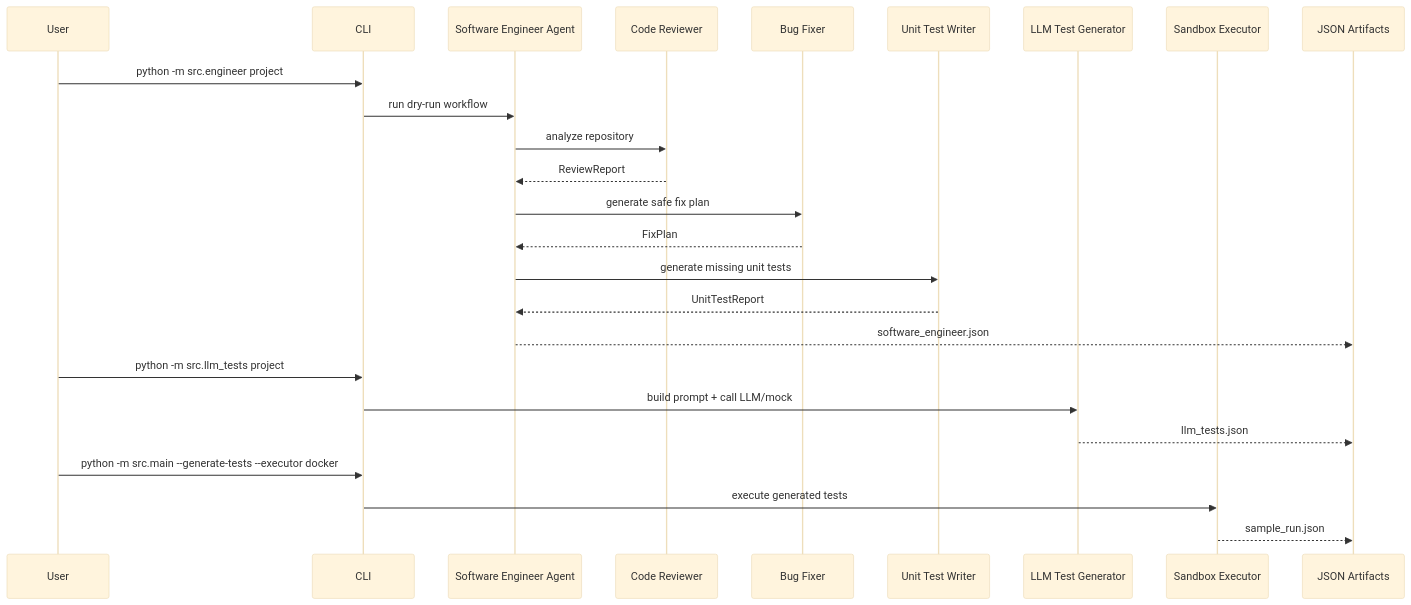
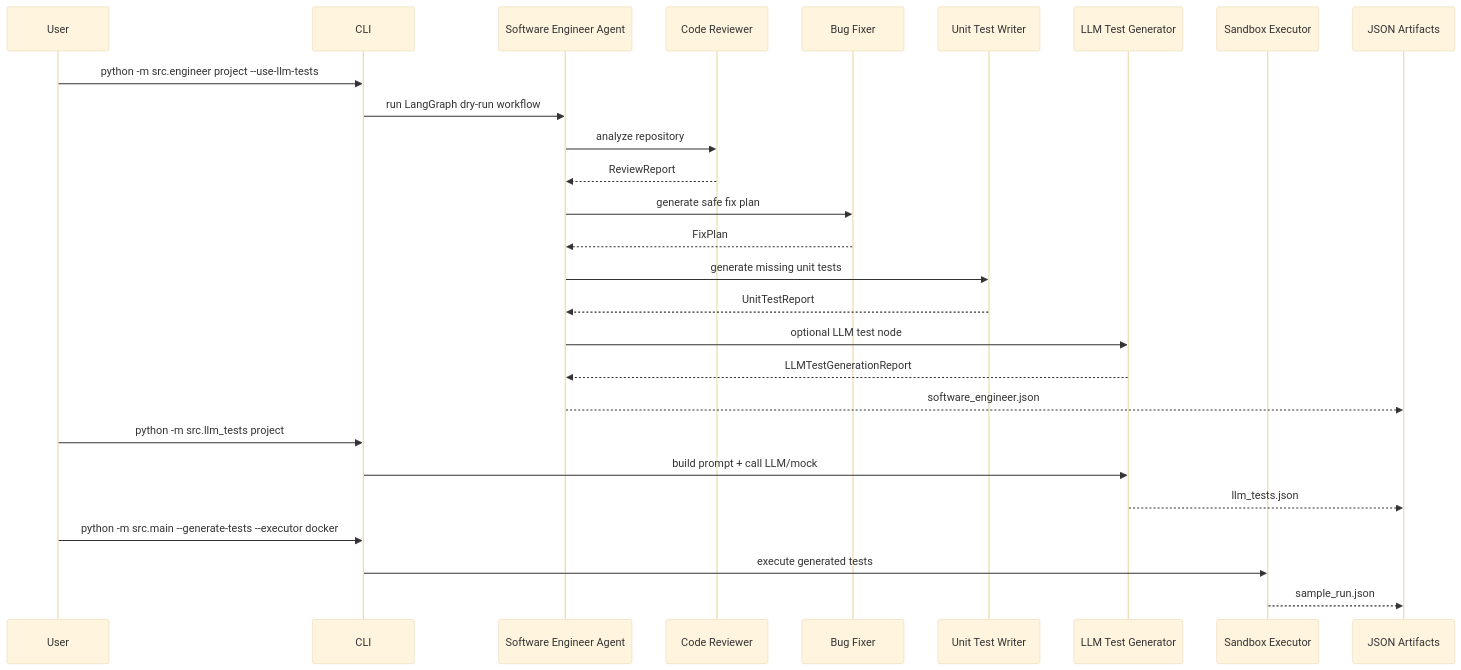
One commit to Isaacsen/cs599-project changed the third of 3 diagrams in docs/architecture.md. Above: the diagram before and after it, drawn with Mermaid (base theme). The commit also changed other lines of this file and 20 other files, not shown here.

Commit message:
Add LangGraph software engineer workflow

````diff
--- a/docs/architecture.md
+++ b/docs/architecture.md
@@ -147,30 +151,32 @@
 ```mermaid
 sequenceDiagram
     participant User
     participant CLI
     participant SE as Software Engineer Agent
     participant Review as Code Reviewer
     participant Fix as Bug Fixer
     participant Unit as Unit Test Writer
     participant LLM as LLM Test Generator
     participant Sandbox as Sandbox Executor
     participant Obs as JSON Artifacts
 
-    User->>CLI: python -m src.engineer project
-    CLI->>SE: run dry-run workflow
+    User->>CLI: python -m src.engineer project --use-llm-tests
+    CLI->>SE: run LangGraph dry-run workflow
     SE->>Review: analyze repository
     Review-->>SE: ReviewReport
     SE->>Fix: generate safe fix plan
     Fix-->>SE: FixPlan
     SE->>Unit: generate missing unit tests
     Unit-->>SE: UnitTestReport
+    SE->>LLM: optional LLM test node
+    LLM-->>SE: LLMTestGenerationReport
     SE-->>Obs: software_engineer.json
 
     User->>CLI: python -m src.llm_tests project
     CLI->>LLM: build prompt + call LLM/mock
     LLM-->>Obs: llm_tests.json
 
     User->>CLI: python -m src.main --generate-tests --executor docker
     CLI->>Sandbox: execute generated tests
     Sandbox-->>Obs: sample_run.json
 ```
````
